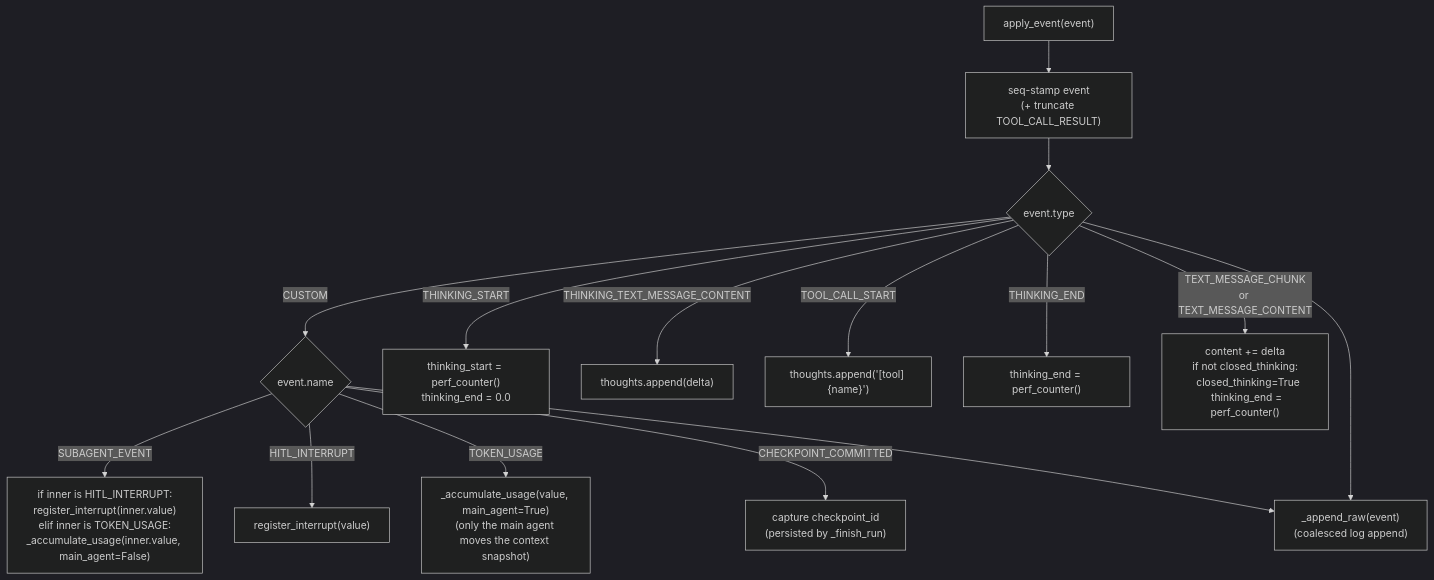
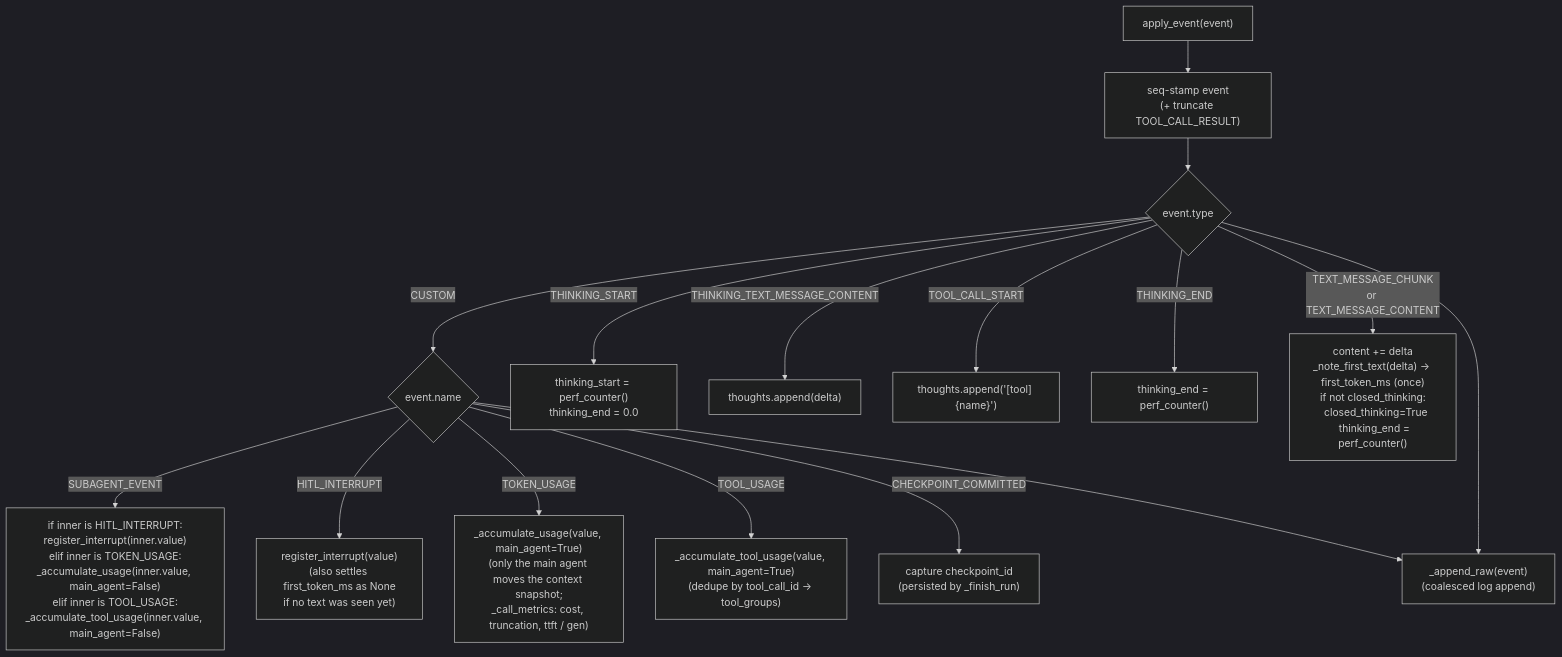
The sixth of 9 diagrams in docs/development/agui-protocol.md (konstantinosmpouros/mAgenticX), drawn with Mermaid (dark theme) before and after one commit. The commit also changed other lines of this file and 74 other files, not shown here.

````diff
--- a/docs/development/agui-protocol.md
+++ b/docs/development/agui-protocol.md
@@ -383,16 +405,17 @@
 ```mermaid
 flowchart TD
     A["apply_event(event)"] --> S["seq-stamp event\n(+ truncate TOOL_CALL_RESULT)"]
     S --> B{event.type}
     B -->|"CUSTOM"| C{event.name}
-    C -->|"SUBAGENT_EVENT"| F["if inner is HITL_INTERRUPT:\nregister_interrupt(inner.value)\nelif inner is TOKEN_USAGE:\n_accumulate_usage(inner.value, main_agent=False)"]
-    C -->|"HITL_INTERRUPT"| H["register_interrupt(value)"]
-    C -->|"TOKEN_USAGE"| N["_accumulate_usage(value, main_agent=True)\n(only the main agent moves the context snapshot)"]
+    C -->|"SUBAGENT_EVENT"| F["if inner is HITL_INTERRUPT:\nregister_interrupt(inner.value)\nelif inner is TOKEN_USAGE:\n_accumulate_usage(inner.value, main_agent=False)\nelif inner is TOOL_USAGE:\n_accumulate_tool_usage(inner.value, main_agent=False)"]
+    C -->|"HITL_INTERRUPT"| H["register_interrupt(value)\n(also settles first_token_ms as None\nif no text was seen yet)"]
+    C -->|"TOKEN_USAGE"| N["_accumulate_usage(value, main_agent=True)\n(only the main agent moves the context snapshot;\n_call_metrics: cost, truncation, ttft / gen)"]
+    C -->|"TOOL_USAGE"| TU["_accumulate_tool_usage(value, main_agent=True)\n(dedupe by tool_call_id → tool_groups)"]
     C -->|"CHECKPOINT_COMMITTED"| CC["capture checkpoint_id\n(persisted by _finish_run)"]
     B -->|"THINKING_START"| I["thinking_start = perf_counter()\nthinking_end = 0.0"]
     B -->|"THINKING_TEXT_MESSAGE_CONTENT"| J["thoughts.append(delta)"]
     B -->|"TOOL_CALL_START"| K["thoughts.append('[tool] {name}')"]
     B -->|"THINKING_END"| L["thinking_end = perf_counter()"]
-    B -->|"TEXT_MESSAGE_CHUNK\nor TEXT_MESSAGE_CONTENT"| M["content += delta\nif not closed_thinking:\n  closed_thinking=True\n  thinking_end = perf_counter()"]
+    B -->|"TEXT_MESSAGE_CHUNK\nor TEXT_MESSAGE_CONTENT"| M["content += delta\n_note_first_text(delta) → first_token_ms (once)\nif not closed_thinking:\n  closed_thinking=True\n  thinking_end = perf_counter()"]
     B & C --> Z["_append_raw(event)\n(coalesced log append)"]
 ```
````
